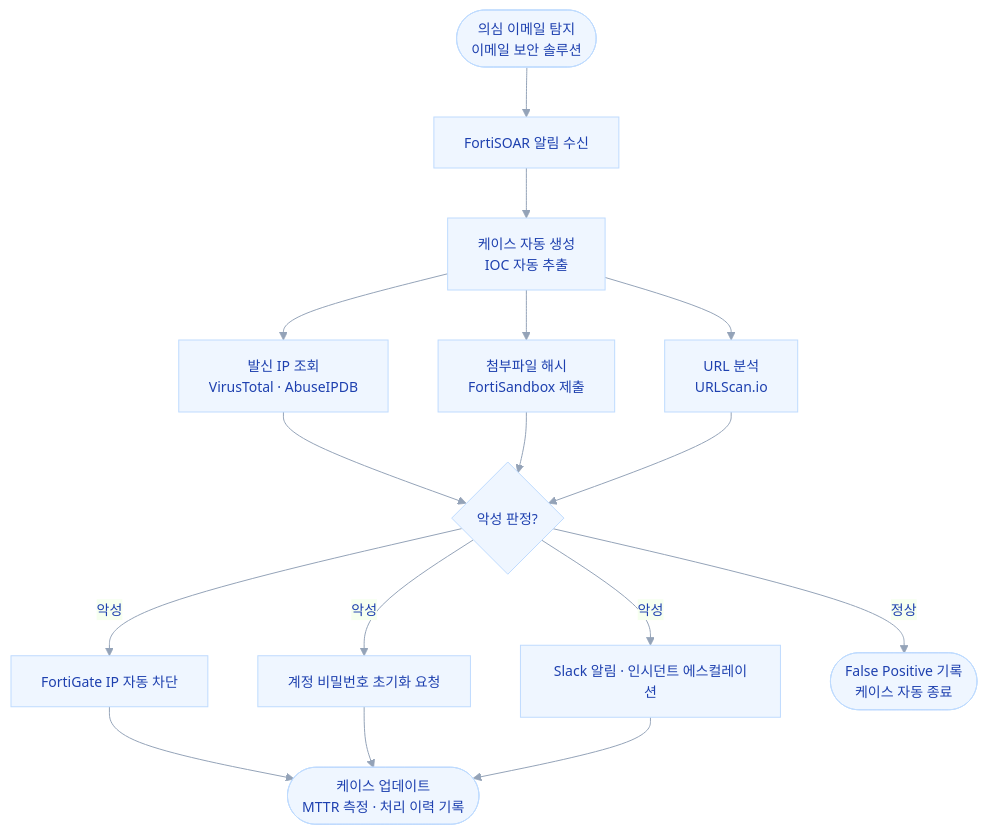
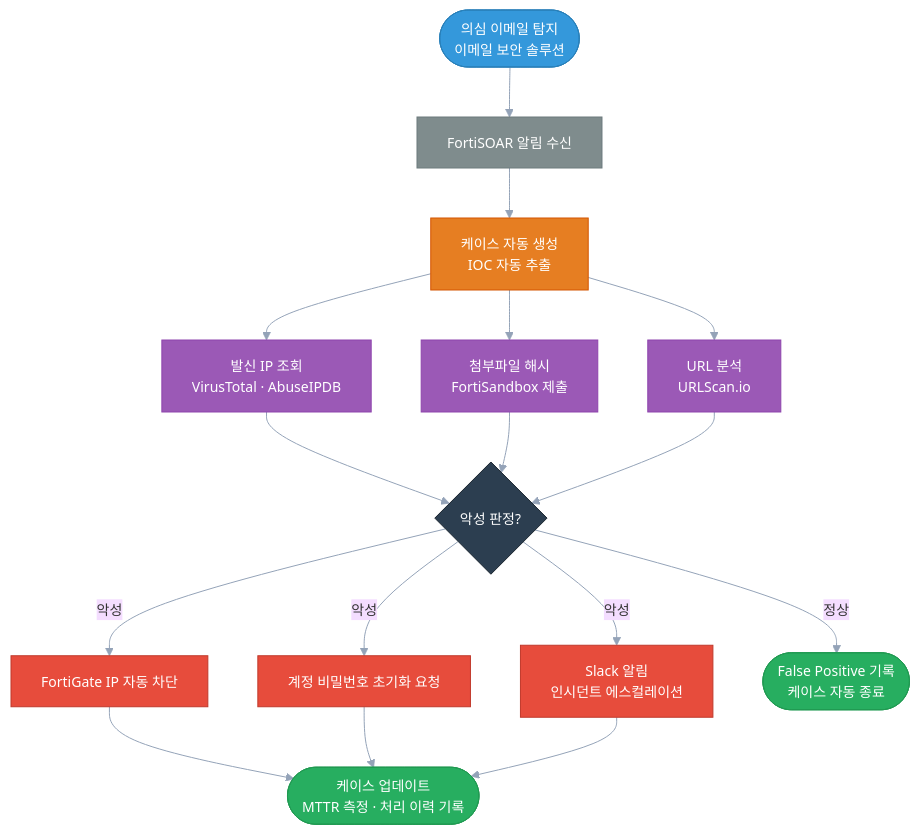
The third of 3 diagrams in contents/posts/Security/what-is-soar/index.md (leekh8/leekh8.github.io), drawn with Mermaid before and after one commit. The commit also changed other lines of this file, not shown here.

Commit message:
fix: mermaid br 태그 및 노드 색상 구분 개선

````diff
--- a/contents/posts/Security/what-is-soar/index.md
+++ b/contents/posts/Security/what-is-soar/index.md
@@ -265,29 +255,33 @@
 ```mermaid
-%%{init: {
-  'theme': 'base',
-  'themeVariables': {
-    'primaryColor': '#EFF6FF',
-    'primaryTextColor': '#1E40AF',
-    'primaryBorderColor': '#BFDBFE',
-    'lineColor': '#94A3B8',
-    'fontSize': '14px'
-  }
-}}%%
+%%{init: {'theme': 'base', 'themeVariables': {'fontSize': '14px', 'lineColor': '#94A3B8'}}}%%
 flowchart TD
-    A([의심 이메일 탐지\n이메일 보안 솔루션])
-    --> B[FortiSOAR 알림 수신]
-    --> C[케이스 자동 생성\nIOC 자동 추출]
+    A(["의심 이메일 탐지<br/>이메일 보안 솔루션"])
+    --> B["FortiSOAR 알림 수신"]
+    --> C["케이스 자동 생성<br/>IOC 자동 추출"]
 
-    C --> D[발신 IP 조회\nVirusTotal · AbuseIPDB]
-    C --> E[첨부파일 해시\nFortiSandbox 제출]
-    C --> F[URL 분석\nURLScan.io]
+    C --> D["발신 IP 조회<br/>VirusTotal · AbuseIPDB"]
+    C --> E["첨부파일 해시<br/>FortiSandbox 제출"]
+    C --> F["URL 분석<br/>URLScan.io"]
 
-    D & E & F --> G{악성 판정?}
+    D & E & F --> G{"악성 판정?"}
 
-    G -- 악성 --> H[FortiGate IP 자동 차단]
-    G -- 악성 --> I[계정 비밀번호 초기화 요청]
-    G -- 악성 --> J[Slack 알림 · 인시던트 에스컬레이션]
-    G -- 정상 --> K([False Positive 기록\n케이스 자동 종료])
+    G -- "악성" --> H["FortiGate IP 자동 차단"]
+    G -- "악성" --> I["계정 비밀번호 초기화 요청"]
+    G -- "악성" --> J["Slack 알림<br/>인시던트 에스컬레이션"]
+    G -- "정상" --> K(["False Positive 기록<br/>케이스 자동 종료"])
 
-    H & I & J --> L([케이스 업데이트\nMTTR 측정 · 처리 이력 기록])
+    H & I & J --> L(["케이스 업데이트<br/>MTTR 측정 · 처리 이력 기록"])
+
+    style A fill:#3498db,color:#fff,stroke:#2980b9
+    style B fill:#7f8c8d,color:#fff,stroke:#6c7a7d
+    style C fill:#e67e22,color:#fff,stroke:#d35400
+    style D fill:#9b59b6,color:#fff,stroke:#8e44ad
+    style E fill:#9b59b6,color:#fff,stroke:#8e44ad
+    style F fill:#9b59b6,color:#fff,stroke:#8e44ad
+    style G fill:#2c3e50,color:#fff,stroke:#1a252f
+    style H fill:#e74c3c,color:#fff,stroke:#c0392b
+    style I fill:#e74c3c,color:#fff,stroke:#c0392b
+    style J fill:#e74c3c,color:#fff,stroke:#c0392b
+    style K fill:#27ae60,color:#fff,stroke:#219a52
+    style L fill:#27ae60,color:#fff,stroke:#219a52
 ```
````
